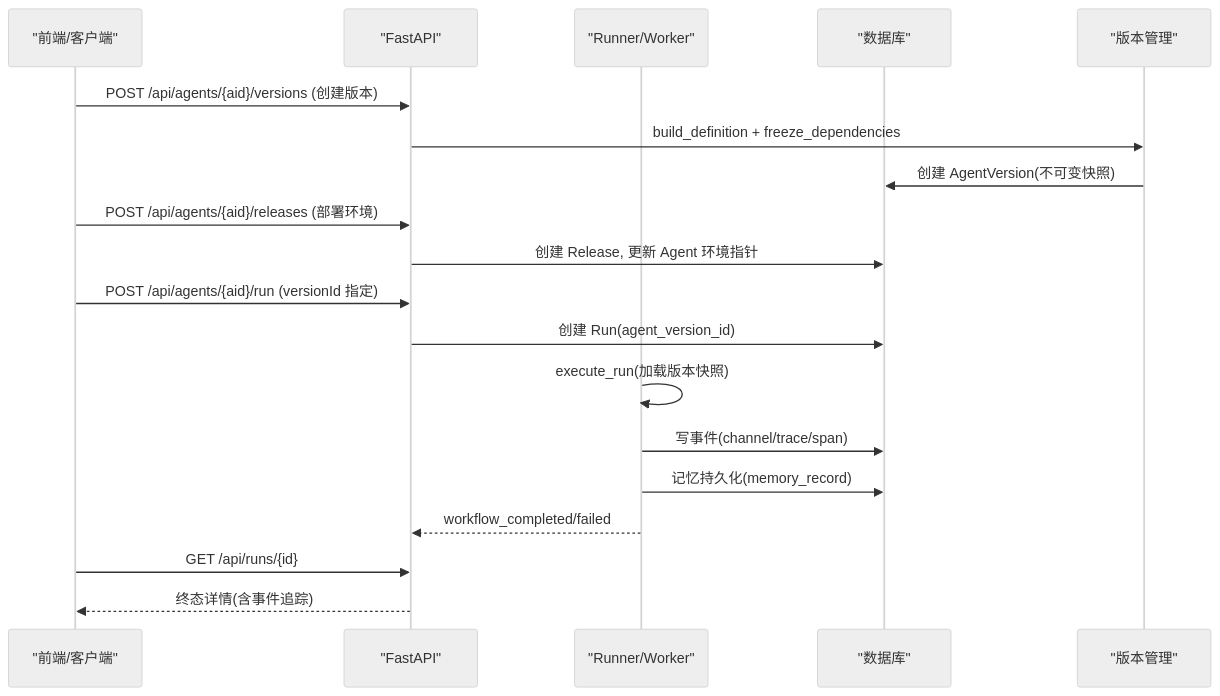
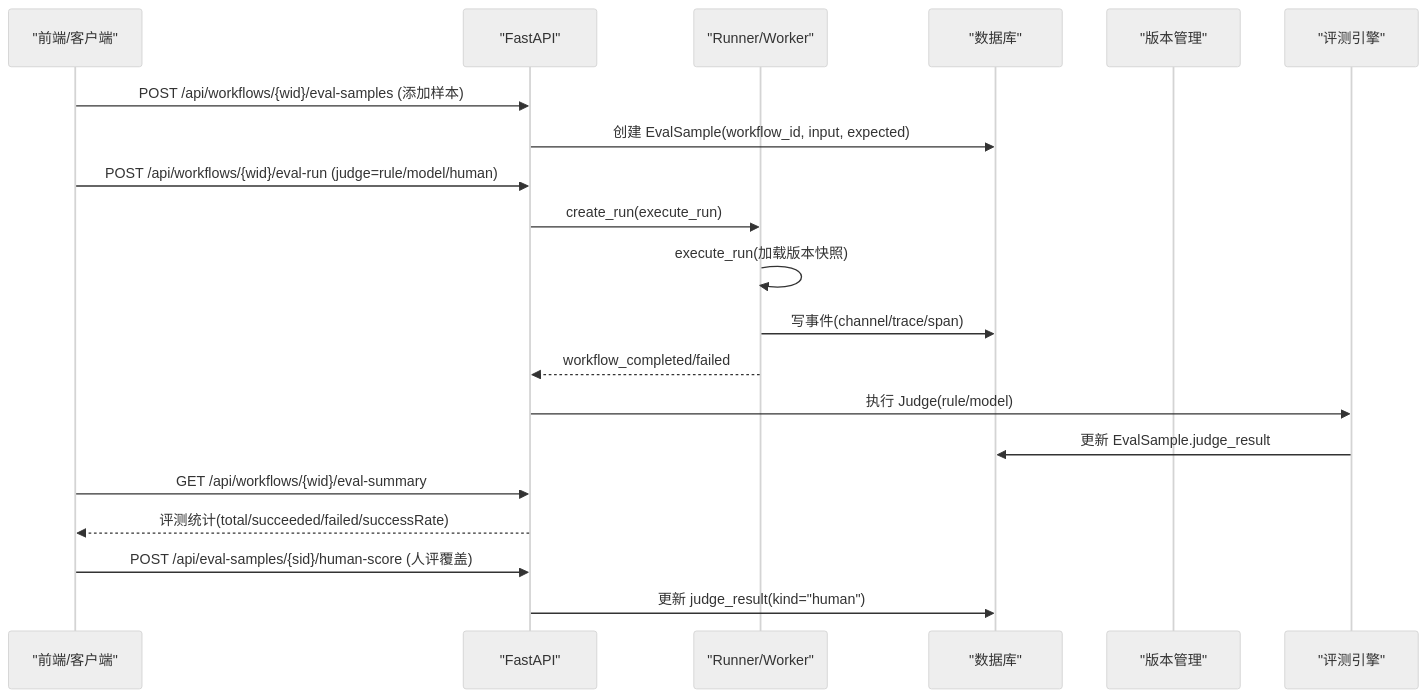
Before and after one commit to huiliuxu780/MoreThanCorn: the second of 2 diagrams in .qoder/repowiki/zh/content/测试与验证体系.md, drawn with Mermaid (neutral theme). The commit also changed other lines of this file and 122 other files, not shown here.

````diff
--- a/.qoder/repowiki/zh/content/测试与验证体系.md
+++ b/.qoder/repowiki/zh/content/测试与验证体系.md
@@ -160,21 +194,22 @@
 ```mermaid
 sequenceDiagram
 participant FE as "前端/客户端"
 participant API as "FastAPI"
 participant RUN as "Runner/Worker"
 participant DB as "数据库"
 participant VER as "版本管理"
-FE->>API : POST /api/agents/{aid}/versions (创建版本)
-API->>VER : build_definition + freeze_dependencies
-VER->>DB : 创建 AgentVersion(不可变快照)
-FE->>API : POST /api/agents/{aid}/releases (部署环境)
-API->>DB : 创建 Release, 更新 Agent 环境指针
-FE->>API : POST /api/agents/{aid}/run (versionId 指定)
-API->>DB : 创建 Run(agent_version_id)
+participant EVAL as "评测引擎"
+FE->>API : POST /api/workflows/{wid}/eval-samples (添加样本)
+API->>DB : 创建 EvalSample(workflow_id, input, expected)
+FE->>API : POST /api/workflows/{wid}/eval-run (judge=rule/model/human)
+API->>RUN : create_run(execute_run)
 RUN->>RUN : execute_run(加载版本快照)
 RUN->>DB : 写事件(channel/trace/span)
-RUN->>DB : 记忆持久化(memory_record)
 RUN-->>API : workflow_completed/failed
-FE->>API : GET /api/runs/{id}
-API-->>FE : 终态详情(含事件追踪)
+API->>EVAL : 执行 Judge(rule/model)
+EVAL->>DB : 更新 EvalSample.judge_result
+FE->>API : GET /api/workflows/{wid}/eval-summary
+API-->>FE : 评测统计(total/succeeded/failed/successRate)
+FE->>API : POST /api/eval-samples/{sid}/human-score (人评覆盖)
+API->>DB : 更新 judge_result(kind="human")
 ```
````
